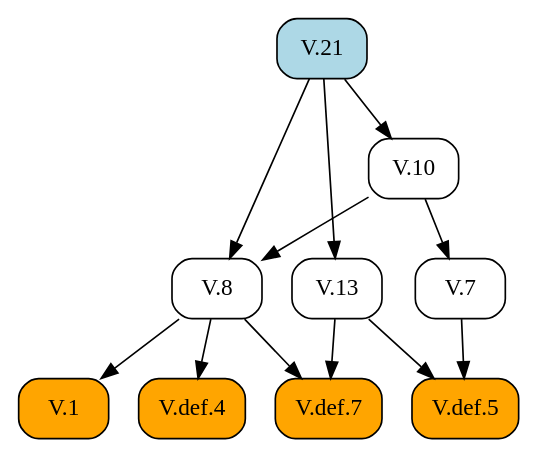
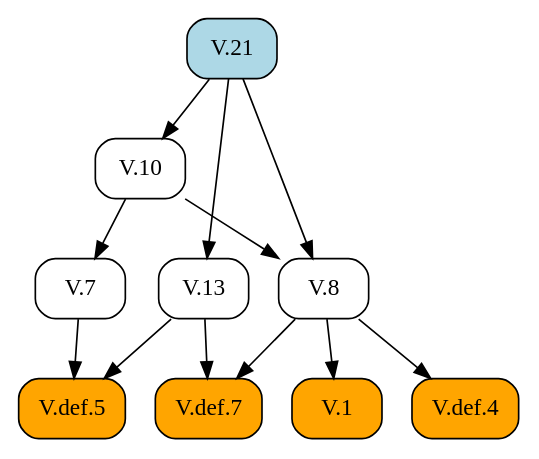
Before and after one commit to geometor/elements: the diagram in docsrc/heath/V/21/index.rst, drawn with Graphviz. The commit also changed other lines of this file and 484 other files, not shown here.

```diff
--- a/docsrc/heath/V/21/index.rst
+++ b/docsrc/heath/V/21/index.rst
@@ -58,26 +58,26 @@
 .. graphviz::
 
    digraph {
      rankdir="TB";
      node [shape=box, style=rounded];
+     "V.10" [URL="/heath/V/10/", target="_top"];
+     "V.def.7" [style="rounded,filled", fillcolor=orange, URL="/heath/V/def.7/", target="_top"];
+     "V.1" [style="rounded,filled", fillcolor=orange, URL="/heath/V/1/", target="_top"];
+     "V.21" [style="rounded,filled", fillcolor=lightblue, URL="/heath/V/21/", target="_top"];
+     "V.13" [URL="/heath/V/13/", target="_top"];
+     "V.7" [URL="/heath/V/7/", target="_top"];
+     "V.def.5" [style="rounded,filled", fillcolor=orange, URL="/heath/V/def.5/", target="_top"];
+     "V.def.4" [style="rounded,filled", fillcolor=orange, URL="/heath/V/def.4/", target="_top"];
      "V.8" [URL="/heath/V/8/", target="_top"];
-     "V.1" [style="rounded,filled", fillcolor=orange, URL="/heath/V/1/", target="_top"];
-     "V.7" [URL="/heath/V/7/", target="_top"];
-     "V.def.4" [style="rounded,filled", fillcolor=orange, URL="/heath/V/def.4/", target="_top"];
-     "V.def.5" [style="rounded,filled", fillcolor=orange, URL="/heath/V/def.5/", target="_top"];
-     "V.def.7" [style="rounded,filled", fillcolor=orange, URL="/heath/V/def.7/", target="_top"];
-     "V.10" [URL="/heath/V/10/", target="_top"];
-     "V.13" [URL="/heath/V/13/", target="_top"];
-     "V.21" [style="rounded,filled", fillcolor=lightblue, URL="/heath/V/21/", target="_top"];
+     "V.21" -> "V.10";
+     "V.8" -> "V.def.7";
+     "V.13" -> "V.def.7";
+     "V.8" -> "V.1";
+     "V.21" -> "V.13";
+     "V.10" -> "V.7";
+     "V.7" -> "V.def.5";
+     "V.13" -> "V.def.5";
+     "V.8" -> "V.def.4";
      "V.10" -> "V.8";
      "V.21" -> "V.8";
-     "V.8" -> "V.1";
-     "V.10" -> "V.7";
-     "V.8" -> "V.def.4";
-     "V.7" -> "V.def.5";
-     "V.13" -> "V.def.5";
-     "V.8" -> "V.def.7";
-     "V.13" -> "V.def.7";
-     "V.21" -> "V.10";
-     "V.21" -> "V.13";
    }
```
